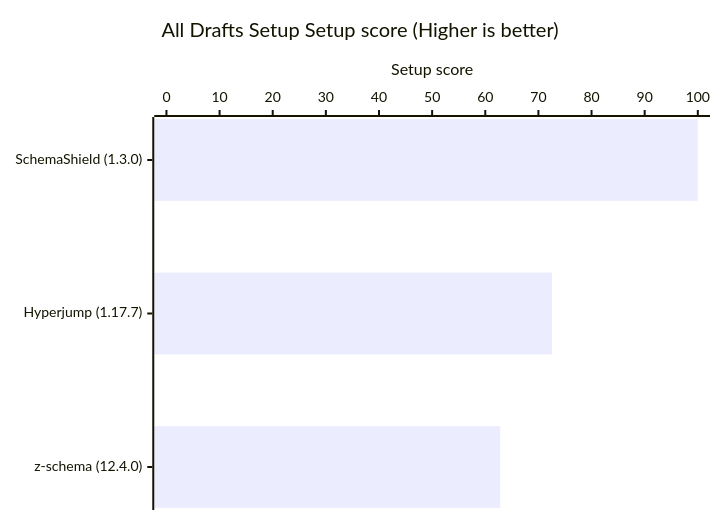
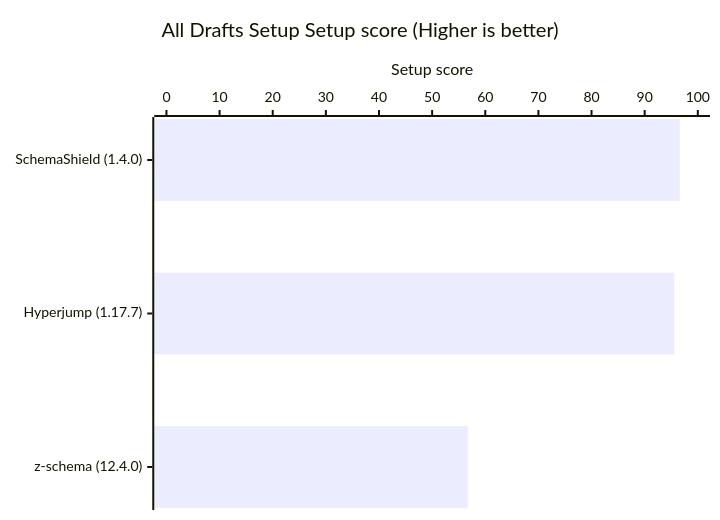
The fifth of 8 diagrams in README.md (Masquerade-Circus/json-schema-validator-bench), drawn with Mermaid before and after one commit. The commit also changed other lines of this file and 228 other files, not shown here.

````diff
--- a/README.md
+++ b/README.md
@@ -204,7 +212,7 @@
 ```mermaid
 xychart horizontal
     title "All Drafts Setup Setup score (Higher is better)"
-    x-axis ["SchemaShield (1.3.0)", "Hyperjump (1.17.7)", "z-schema (12.4.0)"]
+    x-axis ["SchemaShield (1.4.0)", "Hyperjump (1.17.7)", "z-schema (12.4.0)"]
     y-axis "Setup score" 0 --> 100
-    bar [100, 72.557, 62.821]
+    bar [96.589, 95.547, 56.692]
 ```
````
